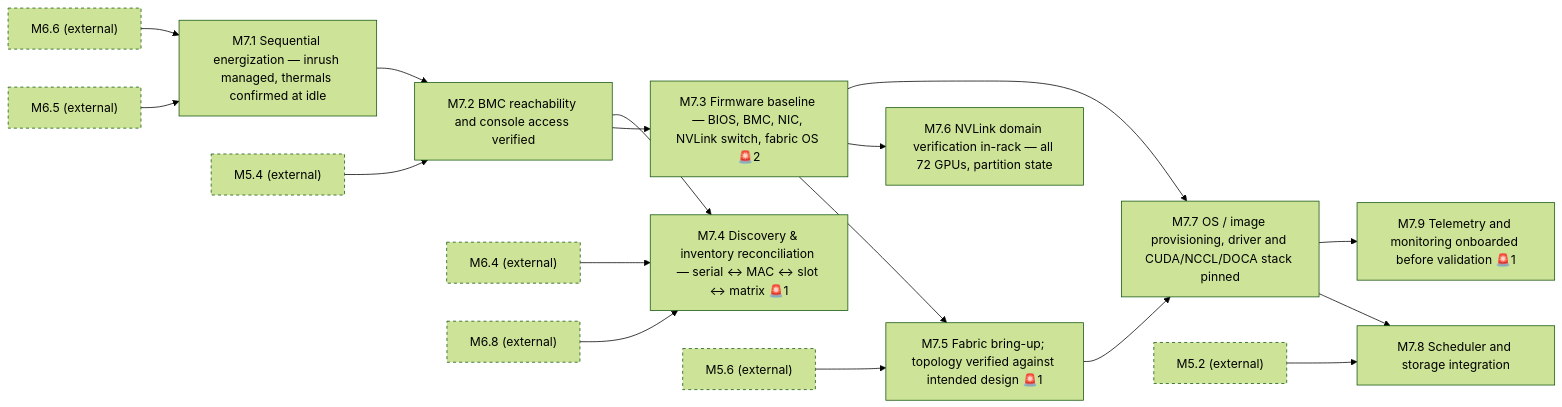
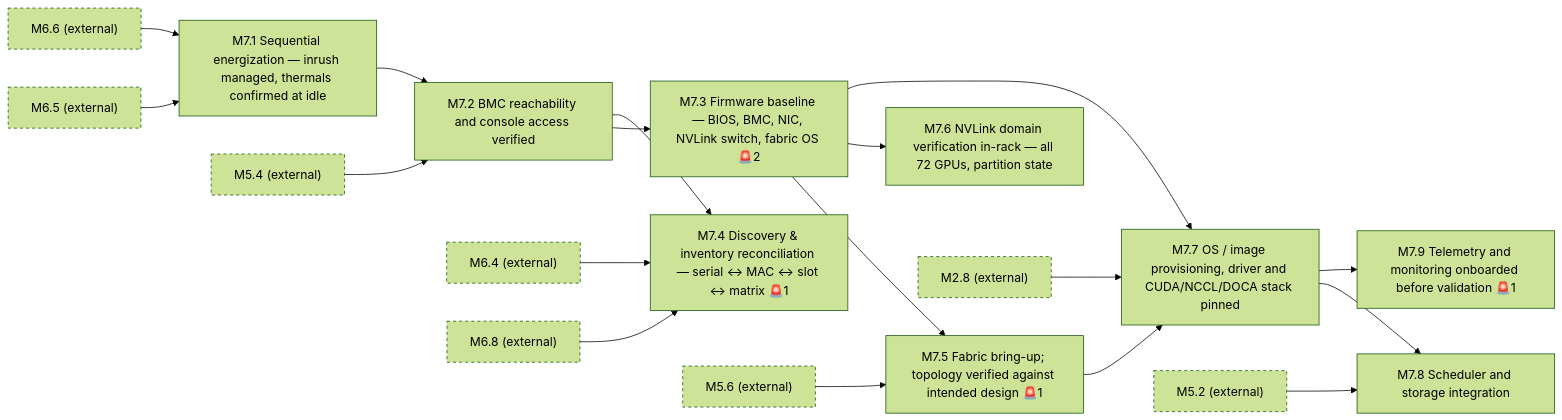
One commit to kalebseymour444-cyber/program-viewer changed the diagram in content/L1-milestones/M7.md. Above: the diagram before and after it, drawn with Mermaid (forest theme). The commit also changed other lines of this file and 23 other files, not shown here.

````diff
--- a/content/L1-milestones/M7.md
+++ b/content/L1-milestones/M7.md
@@ -39,37 +39,39 @@
 ```mermaid
 graph LR
     M7_1["M7.1 Sequential energization — inrush managed, thermals confirmed at idle"]
     M7_2["M7.2 BMC reachability and console access verified"]
     M7_3["M7.3 Firmware baseline — BIOS, BMC, NIC, NVLink switch, fabric OS 🚨2"]
     M7_4["M7.4 Discovery & inventory reconciliation — serial ↔ MAC ↔ slot ↔ matrix 🚨1"]
     M7_5["M7.5 Fabric bring-up; topology verified against intended design 🚨1"]
     M7_6["M7.6 NVLink domain verification in-rack — all 72 GPUs, partition state"]
     M7_7["M7.7 OS / image provisioning, driver and CUDA/NCCL/DOCA stack pinned"]
     M7_8["M7.8 Scheduler and storage integration"]
     M7_9["M7.9 Telemetry and monitoring onboarded before validation 🚨1"]
     M6_5 --> M7_1
     M6_6 --> M7_1
     M5_4 --> M7_2
     M7_1 --> M7_2
     M7_2 --> M7_3
     M6_4 --> M7_4
     M6_8 --> M7_4
     M7_2 --> M7_4
     M5_6 --> M7_5
     M7_3 --> M7_5
     M7_3 --> M7_6
+    M2_8 --> M7_7
     M7_3 --> M7_7
     M7_5 --> M7_7
     M5_2 --> M7_8
     M7_7 --> M7_8
     M7_7 --> M7_9
+    M2_8["M2.8 (external)"]
     M5_2["M5.2 (external)"]
     M5_4["M5.4 (external)"]
     M5_6["M5.6 (external)"]
     M6_4["M6.4 (external)"]
     M6_5["M6.5 (external)"]
     M6_6["M6.6 (external)"]
     M6_8["M6.8 (external)"]
     classDef external stroke-dasharray:4
-    class M5_2,M5_4,M5_6,M6_4,M6_5,M6_6,M6_8 external
+    class M2_8,M5_2,M5_4,M5_6,M6_4,M6_5,M6_6,M6_8 external
 ```
````
